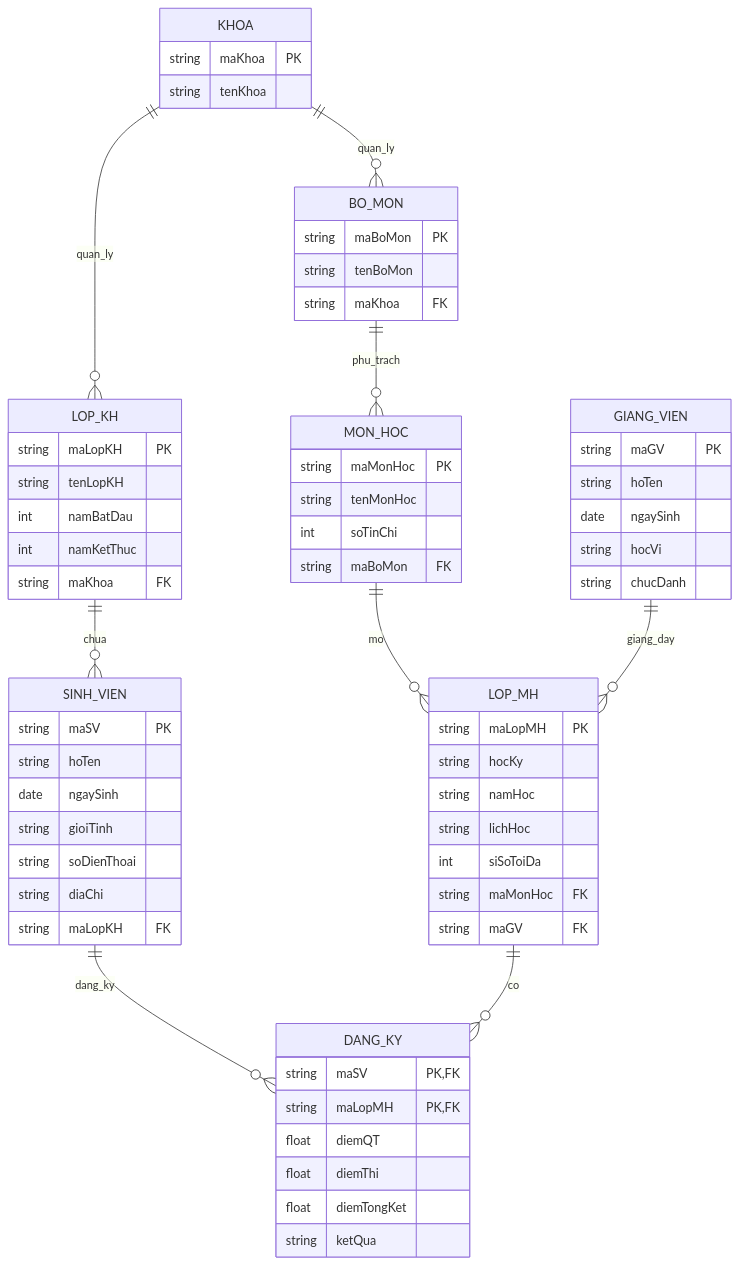
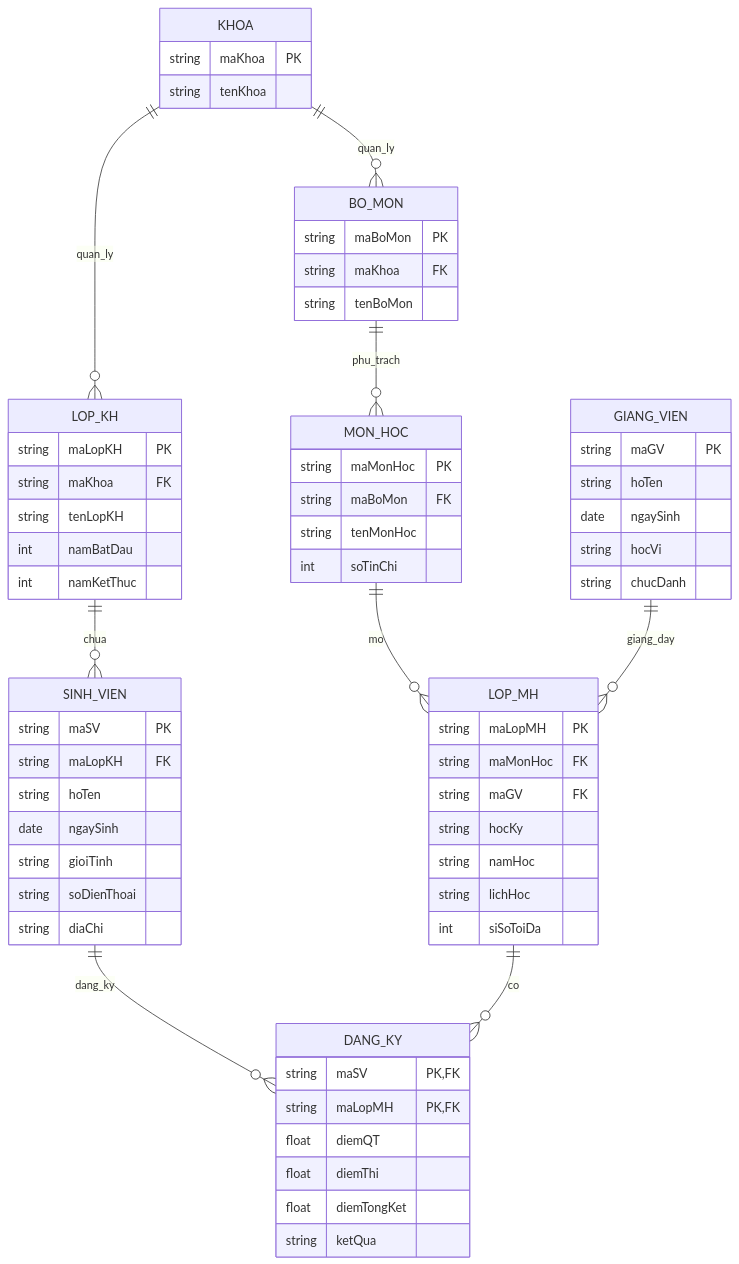
The diagram in README.md (0023413684-crypto/quan-ly-sinh-vien), drawn with Mermaid before and after one commit.

````diff
--- a/README.md
+++ b/README.md
@@ -1,77 +1,74 @@
 ```mermaid
   erDiagram
     KHOA ||--o{ BO_MON : quan_ly
-  KHOA ||--o{ LOP_KH : quan_ly
-  BO_MON ||--o{ MON_HOC : phu_trach
-
-  LOP_KH ||--o{ SINH_VIEN : chua
-
-  MON_HOC ||--o{ LOP_MH : mo
-  GIANG_VIEN ||--o{ LOP_MH : giang_day
-
-  SINH_VIEN ||--o{ DANG_KY : dang_ky
-  LOP_MH ||--o{ DANG_KY :  co
+    KHOA ||--o{ LOP_KH : quan_ly
+    BO_MON ||--o{ MON_HOC : phu_trach
+    LOP_KH ||--o{ SINH_VIEN : chua
+    MON_HOC ||--o{ LOP_MH : mo
+    GIANG_VIEN ||--o{ LOP_MH : giang_day
+    SINH_VIEN ||--o{ DANG_KY : dang_ky
+    LOP_MH ||--o{ DANG_KY : co
 
     KHOA {
         string maKhoa PK
         string tenKhoa
     }
 
     BO_MON {
         string maBoMon PK
+        string maKhoa FK
         string tenBoMon
-        string maKhoa FK
     }
 
     LOP_KH {
         string maLopKH PK
+        string maKhoa FK
         string tenLopKH
         int namBatDau
         int namKetThuc
-        string maKhoa FK
     }
 
     MON_HOC {
         string maMonHoc PK
+        string maBoMon FK
         string tenMonHoc
         int soTinChi
-        string maBoMon FK
     }
 
     SINH_VIEN {
         string maSV PK
+        string maLopKH FK
         string hoTen
         date ngaySinh
         string gioiTinh
         string soDienThoai
         string diaChi
-        string maLopKH FK
     }
 
     GIANG_VIEN {
         string maGV PK
         string hoTen
         date ngaySinh
         string hocVi
         string chucDanh
     }
 
     LOP_MH {
         string maLopMH PK
+        string maMonHoc FK
+        string maGV FK
         string hocKy
         string namHoc
         string lichHoc
         int siSoToiDa
-        string maMonHoc FK
-        string maGV FK
     }
 
     DANG_KY {
         string maSV PK, FK
         string maLopMH PK, FK
         float diemQT
         float diemThi
         float diemTongKet
         string ketQua
     }
 ```
````
